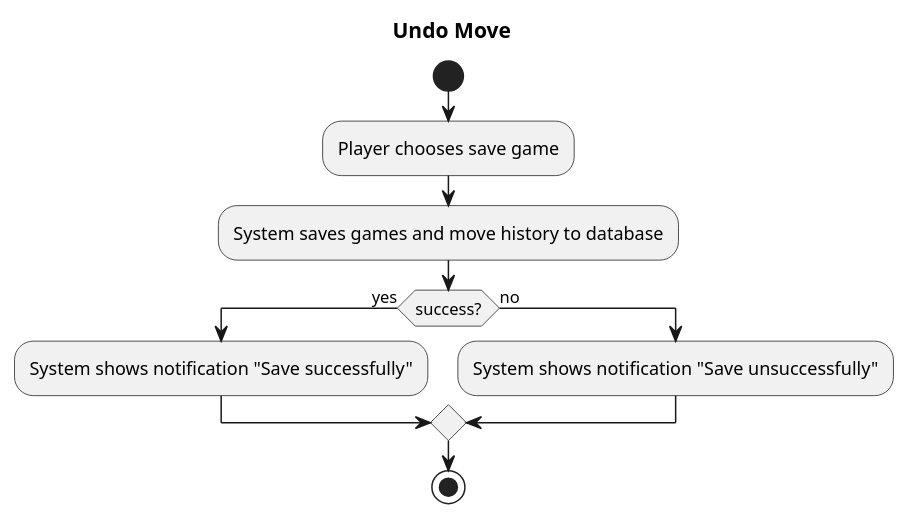
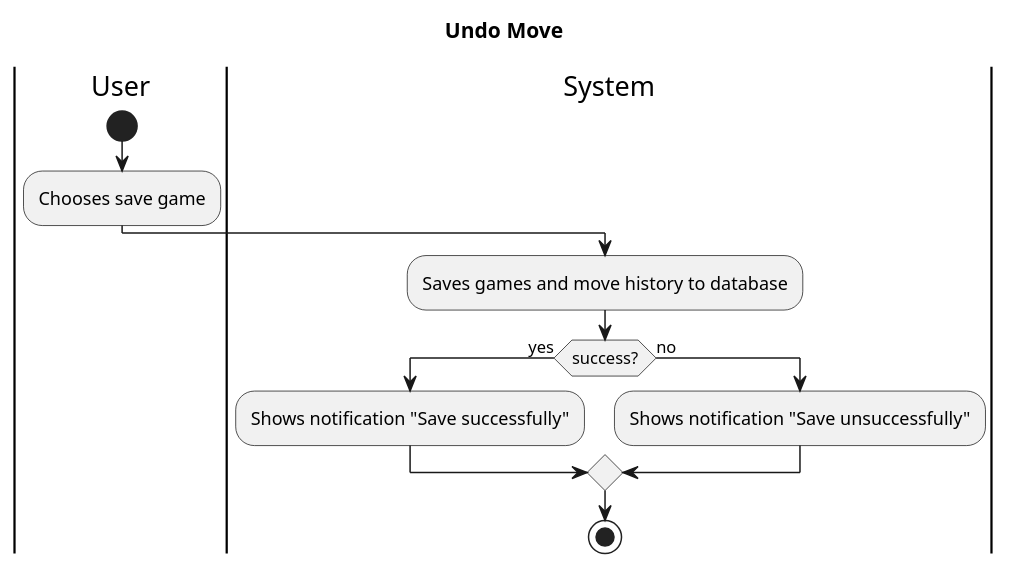
One commit to duyhq-zee1/chess-game changed the diagram in activity/save-game.puml. Above: the diagram before and after it, drawn with PlantUML. The commit also changed 3 other files, not shown here.

Commit message:
docs :add land activity diagram

```diff
--- a/activity/save-game.puml
+++ b/activity/save-game.puml
@@ -1,14 +1,15 @@
 @startuml "Activity diagram"
 title "Undo Move"
-
+|User|
 start
-:Player chooses save game;
-:System saves games and move history to database;
+:Chooses save game;
+|System|
+:Saves games and move history to database;
 if (success?) then (yes)
-    :System shows notification "Save successfully";
+    :Shows notification "Save successfully";
 else (no)
-    :System shows notification "Save unsuccessfully";
+    :Shows notification "Save unsuccessfully";
 endif
 
 stop
 @enduml
```
